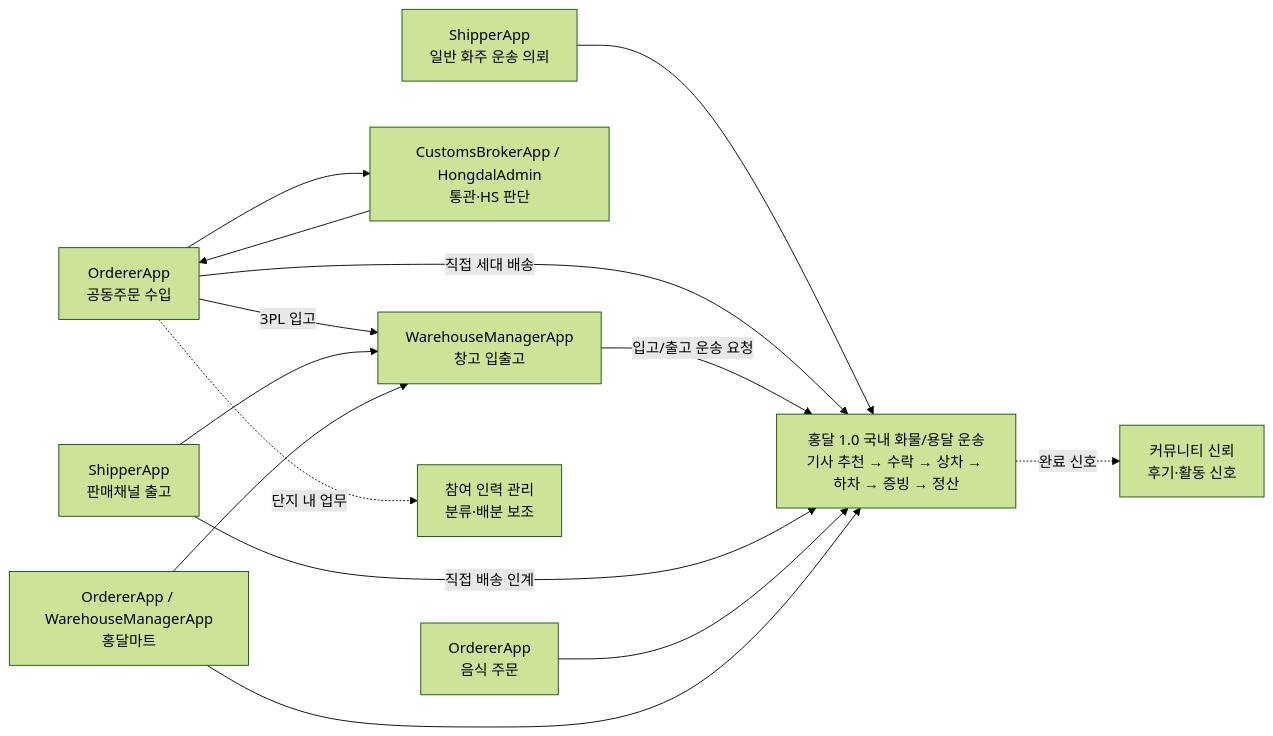
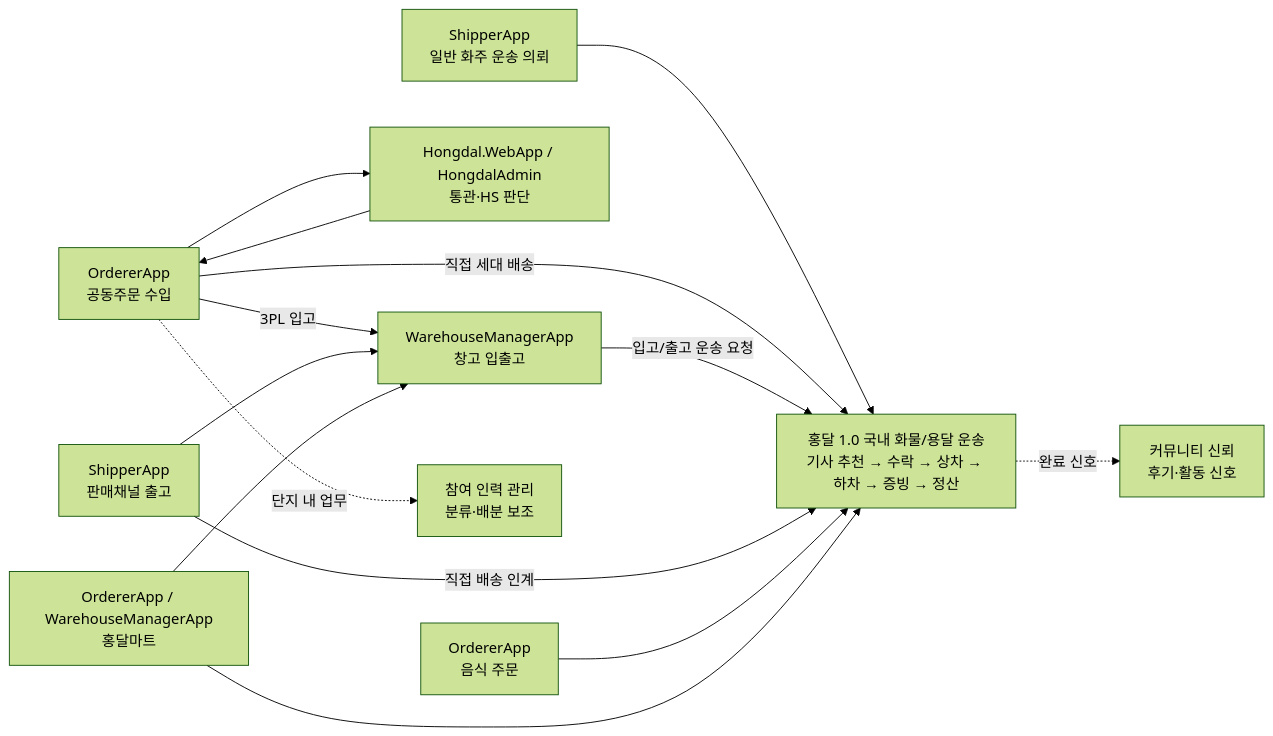
One commit to cheolwo/hongdal changed the second of 9 diagrams in docs/ProjectOverview/workflow-app-screen-map.md. Above: the diagram before and after it, drawn with Mermaid (forest theme). The commit also changed other lines of this file and 75 other files, not shown here.

Commit message:
Remove standalone customs web app

````diff
--- a/docs/ProjectOverview/workflow-app-screen-map.md
+++ b/docs/ProjectOverview/workflow-app-screen-map.md
@@ -54,26 +54,26 @@
 ```mermaid
 flowchart LR
     Core["홍달 1.0 국내 화물/용달 운송<br/>기사 추천 → 수락 → 상차 → 하차 → 증빙 → 정산"]
     Shipper["ShipperApp<br/>일반 화주 운송 의뢰"]
     Group["OrdererApp<br/>공동주문 수입"]
-    Customs["CustomsBrokerApp / HongdalAdmin<br/>통관·HS 판단"]
+    Customs["Hongdal.WebApp / HongdalAdmin<br/>통관·HS 판단"]
     Warehouse["WarehouseManagerApp<br/>창고 입출고"]
     Sales["ShipperApp<br/>판매채널 출고"]
     Food["OrdererApp<br/>음식 주문"]
     Mart["OrdererApp / WarehouseManagerApp<br/>홍달마트"]
     Community["커뮤니티 신뢰<br/>후기·활동 신호"]
     HR["참여 인력 관리<br/>분류·배분 보조"]
 
     Shipper --> Core
     Group --> Customs --> Group
     Group -->|직접 세대 배송| Core
     Group -->|3PL 입고| Warehouse
     Warehouse -->|입고/출고 운송 요청| Core
     Sales --> Warehouse
     Sales -->|직접 배송 인계| Core
     Food --> Core
     Mart --> Warehouse
     Mart --> Core
     Core -.완료 신호.-> Community
     Group -.단지 내 업무.-> HR
 ```
````
